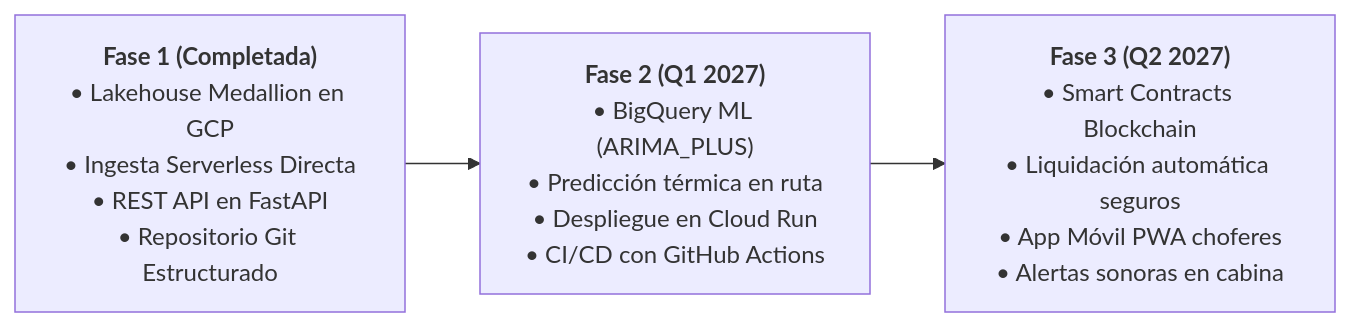
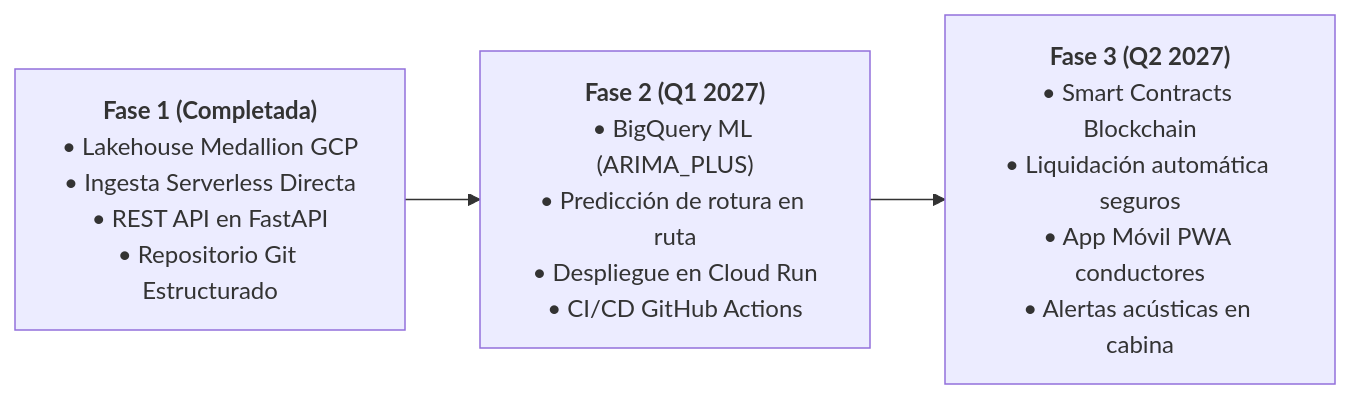
Before and after one commit to gsoto1872-blip/iot-coldchain: the fifth of 5 diagrams in informe/SLIDES_SUSTENTACION.md, drawn with Mermaid. The commit also changed other lines of this file, not shown here.

Commit message:
docs(slides): expand SLIDES_SUSTENTACION.md with comprehensive slide-by-slide pedagogical guides, deep architectural breakdowns, and complete jury defense scripts

````diff
--- a/informe/SLIDES_SUSTENTACION.md
+++ b/informe/SLIDES_SUSTENTACION.md
@@ -424,5 +716,5 @@
 ```mermaid
 flowchart LR
-    F1["<b>Fase 1 (Completada)</b><br/>• Lakehouse Medallion en GCP<br/>• Ingesta Serverless Directa<br/>• REST API en FastAPI<br/>• Repositorio Git Estructurado"] --> F2["<b>Fase 2 (Q1 2027)</b><br/>• BigQuery ML (ARIMA_PLUS)<br/>• Predicción térmica en ruta<br/>• Despliegue en Cloud Run<br/>• CI/CD con GitHub Actions"]
-    F2 --> F3["<b>Fase 3 (Q2 2027)</b><br/>• Smart Contracts Blockchain<br/>• Liquidación automática seguros<br/>• App Móvil PWA choferes<br/>• Alertas sonoras en cabina"]
+    F1["<b>Fase 1 (Completada)</b><br/>• Lakehouse Medallion GCP<br/>• Ingesta Serverless Directa<br/>• REST API en FastAPI<br/>• Repositorio Git Estructurado"] --> F2["<b>Fase 2 (Q1 2027)</b><br/>• BigQuery ML (ARIMA_PLUS)<br/>• Predicción de rotura en ruta<br/>• Despliegue en Cloud Run<br/>• CI/CD GitHub Actions"]
+    F2 --> F3["<b>Fase 3 (Q2 2027)</b><br/>• Smart Contracts Blockchain<br/>• Liquidación automática seguros<br/>• App Móvil PWA conductores<br/>• Alertas acústicas en cabina"]
 ```
````
